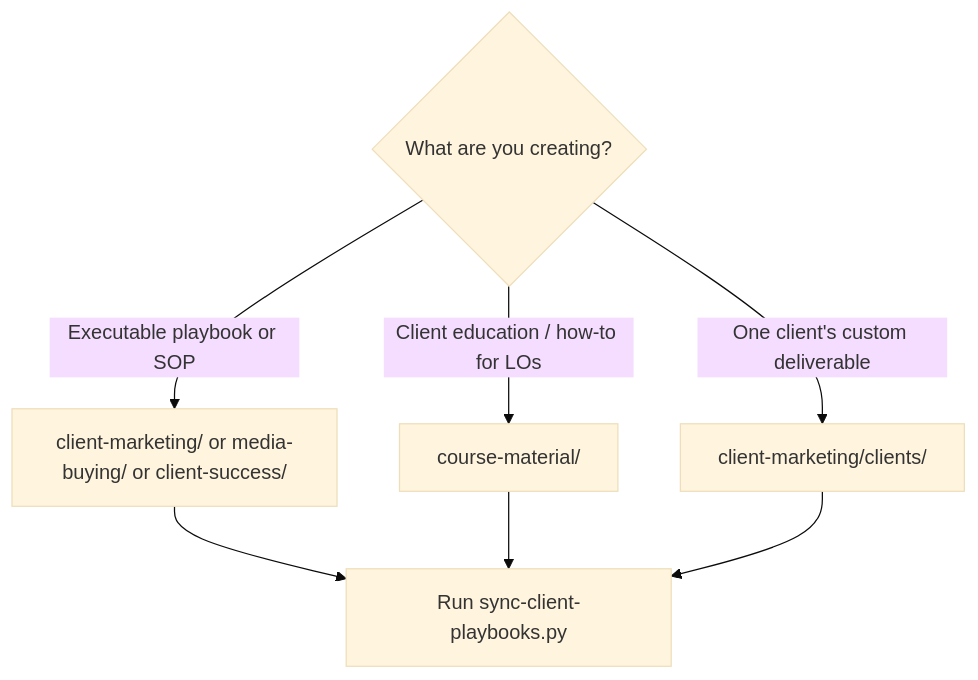
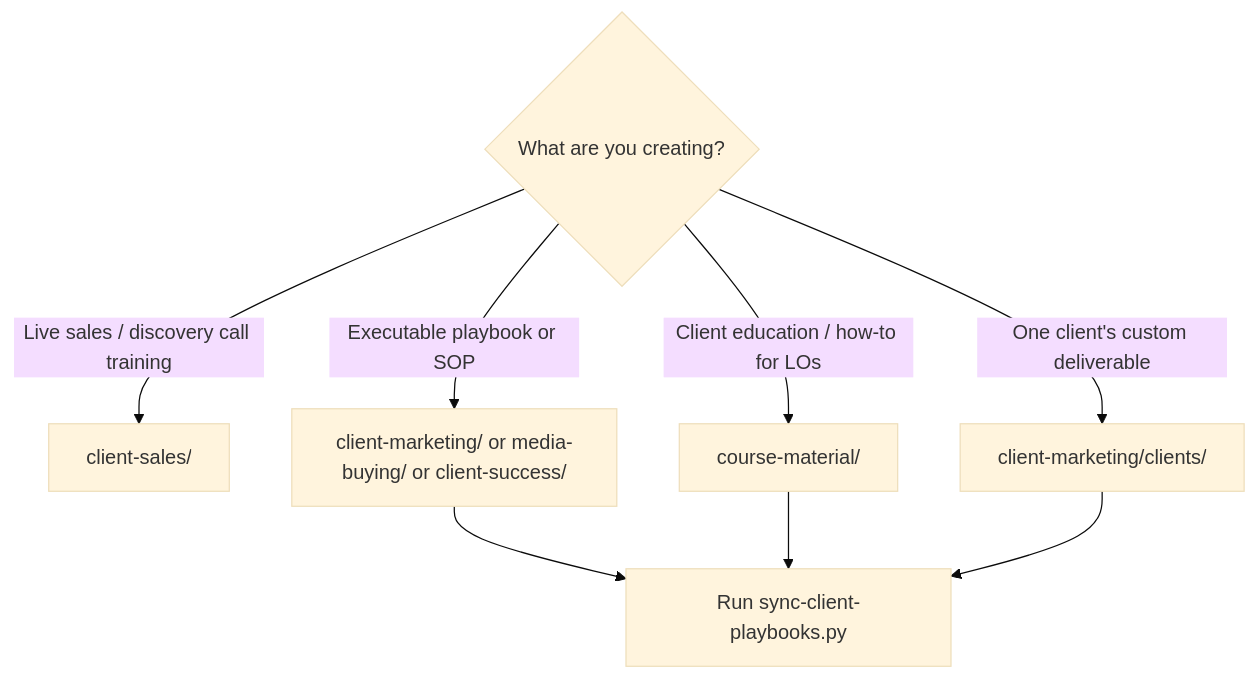
Before and after one commit to gwadawg/Wm-os: the diagram in docs/client-fulfillment/client-playbooks/README.md, drawn with Mermaid (base theme). The commit also changed other lines of this file and 35 other files, not shown here.

````diff
--- a/docs/client-fulfillment/client-playbooks/README.md
+++ b/docs/client-fulfillment/client-playbooks/README.md
@@ -29,10 +32,11 @@
 ```mermaid
 flowchart TD
   Q{What are you creating?}
+  Q -->|Live sales / discovery call training| CSAL[client-sales/]
   Q -->|Executable playbook or SOP| CAN[client-marketing/ or media-buying/ or client-success/]
   Q -->|Client education / how-to for LOs| CM[course-material/]
   Q -->|One client's custom deliverable| CI[client-marketing/clients/]
   CAN --> SYNC[Run sync-client-playbooks.py]
   CM --> SYNC
   CI --> SYNC
 ```
````
